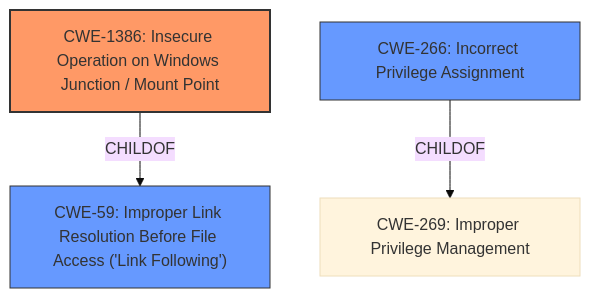
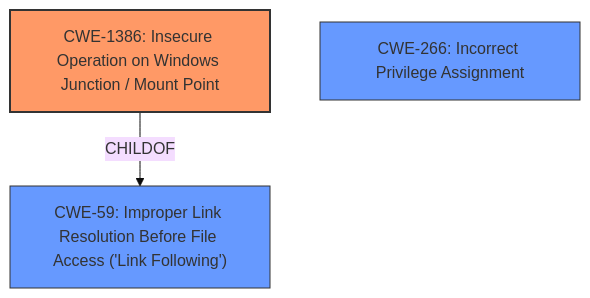
One commit to CyberSecAI/cwe_agent_assign_reports_2023 changed the diagram in CVE-2021-41379/CVE-2021-41379_analysis.md. Above: the diagram before and after it, drawn with Mermaid (base theme). The commit also changed other lines of this file and 902 other files, not shown here.

````diff
--- a/CVE-2021-41379/CVE-2021-41379_analysis.md
+++ b/CVE-2021-41379/CVE-2021-41379_analysis.md
@@ -18,16 +18,14 @@
 ```mermaid
 graph TD
     cwe1386["CWE-1386: Insecure Operation on Windows Junction / Mount Point"]
     cwe59["CWE-59: Improper Link Resolution Before File Access ('Link Following')"]
     cwe266["CWE-266: Incorrect Privilege Assignment"]
-    cwe269["CWE-269: Improper Privilege Management"]
     
     cwe1386 -->|CHILDOF| cwe59
-    cwe266 -->|CHILDOF| cwe269
     
     classDef primary fill:#f96,stroke:#333,stroke-width:2px
     classDef secondary fill:#69f,stroke:#333
     classDef tertiary fill:#9e9,stroke:#333
     class cwe1386 primary
     class cwe59,cwe266 secondary
 ```
````
